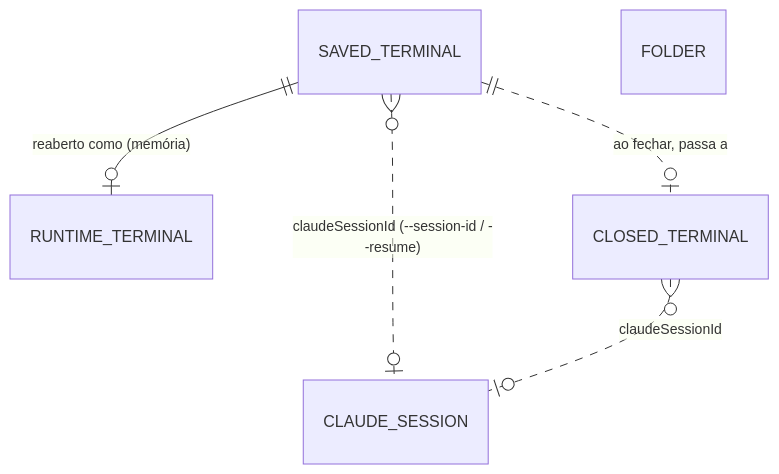
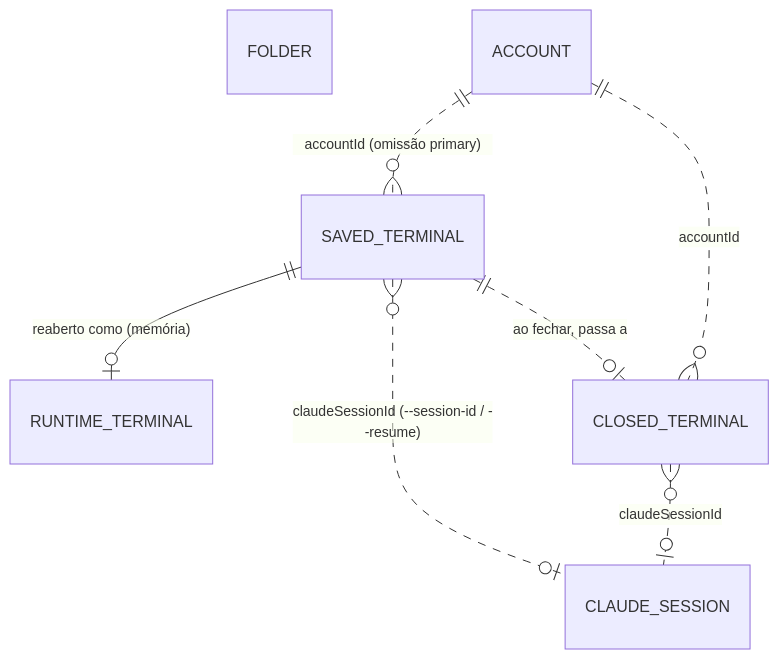
The diagram in docs/database.md (bino03/Workflow-App), drawn with Mermaid before and after one commit. The commit also changed other lines of this file and 7 other files, not shown here.

````diff
--- a/docs/database.md
+++ b/docs/database.md
@@ -59,8 +62,10 @@
 ```mermaid
 erDiagram
   SAVED_TERMINAL ||--o| RUNTIME_TERMINAL : "reaberto como (memória)"
   SAVED_TERMINAL }o..o| CLAUDE_SESSION : "claudeSessionId (--session-id / --resume)"
   CLOSED_TERMINAL }o..o| CLAUDE_SESSION : "claudeSessionId"
   SAVED_TERMINAL ||..o| CLOSED_TERMINAL : "ao fechar, passa a"
   FOLDER
+  ACCOUNT ||..o{ SAVED_TERMINAL : "accountId (omissão primary)"
+  ACCOUNT ||..o{ CLOSED_TERMINAL : "accountId"
 ```
````
